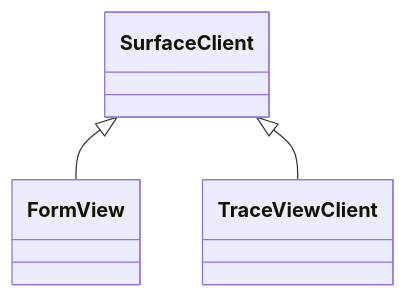
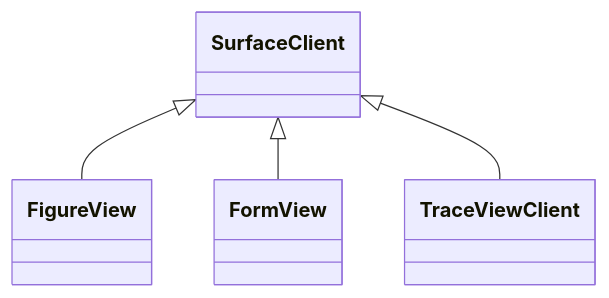
One commit to mne-tools/mne-cpp changed the diagram in doc/website/docs/api/viz/surface-client.mdx. Above: the diagram before and after it, drawn with Mermaid. The commit also changed 49 other files, not shown here.

````diff
--- a/doc/website/docs/api/viz/surface-client.mdx
+++ b/doc/website/docs/api/viz/surface-client.mdx
@@ -22,7 +22,9 @@
 ```mermaid
 classDiagram
+    SurfaceClient <|-- FigureView
+    click FigureView href "../../viz/figure-view/"
     SurfaceClient <|-- FormView
     click FormView href "../../viz/form-view/"
     SurfaceClient <|-- TraceViewClient
     click TraceViewClient href "../../viz/trace-view-client/"
 ```
````
